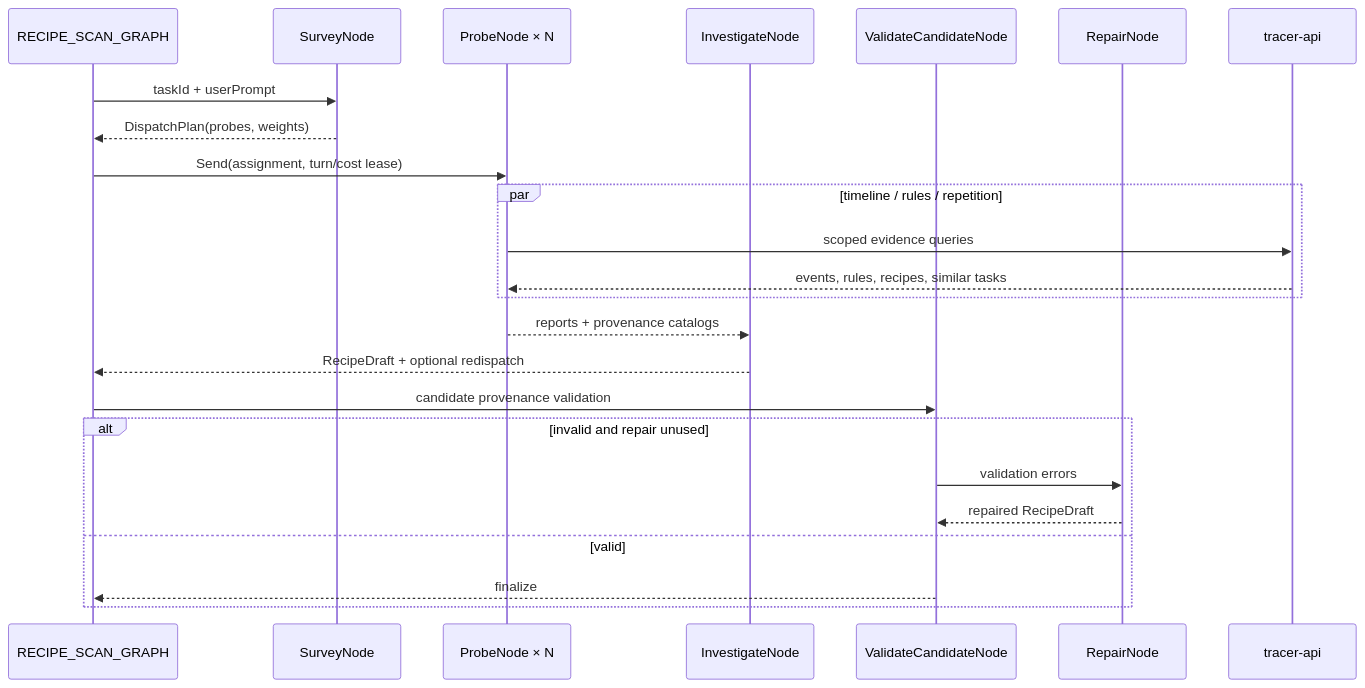
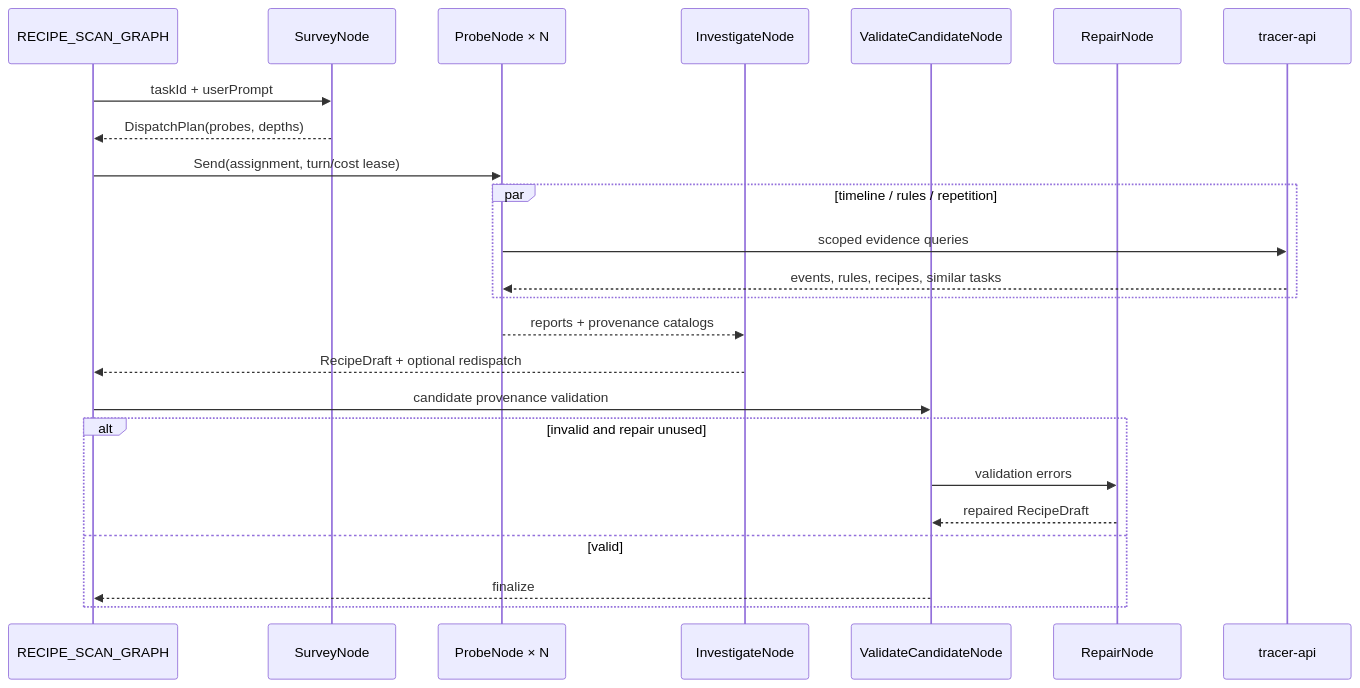
The second of 4 diagrams in src/tracer_agent/worker/agents/recipe_scan/README.md (agent-tracer/tracer-agent-python), drawn with Mermaid before and after one commit. The commit also changed other lines of this file and 28 other files, not shown here.

````diff
--- a/src/tracer_agent/worker/agents/recipe_scan/README.md
+++ b/src/tracer_agent/worker/agents/recipe_scan/README.md
@@ -29,26 +29,26 @@
 ```mermaid
 sequenceDiagram
     participant G as RECIPE_SCAN_GRAPH
     participant S as SurveyNode
     participant P as ProbeNode × N
     participant I as InvestigateNode
     participant V as ValidateCandidateNode
     participant R as RepairNode
     participant API as tracer-api
     G->>S: taskId + userPrompt
-    S-->>G: DispatchPlan(probes, weights)
+    S-->>G: DispatchPlan(probes, depths)
     G->>P: Send(assignment, turn/cost lease)
     par timeline / rules / repetition
         P->>API: scoped evidence queries
         API-->>P: events, rules, recipes, similar tasks
     end
     P-->>I: reports + provenance catalogs
     I-->>G: RecipeDraft + optional redispatch
     G->>V: candidate provenance validation
     alt invalid and repair unused
         V->>R: validation errors
         R-->>V: repaired RecipeDraft
     else valid
         V-->>G: finalize
     end
 ```
````
